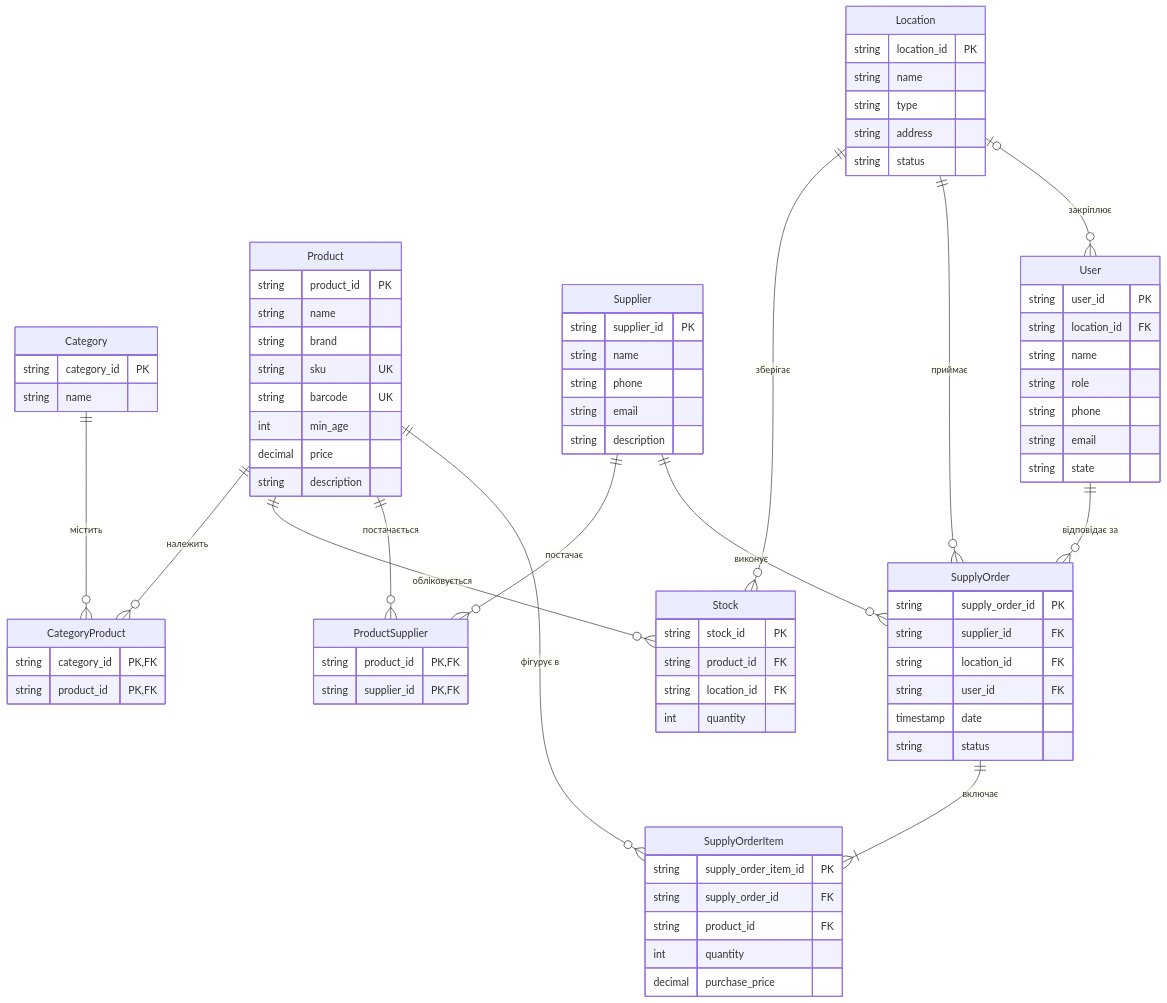
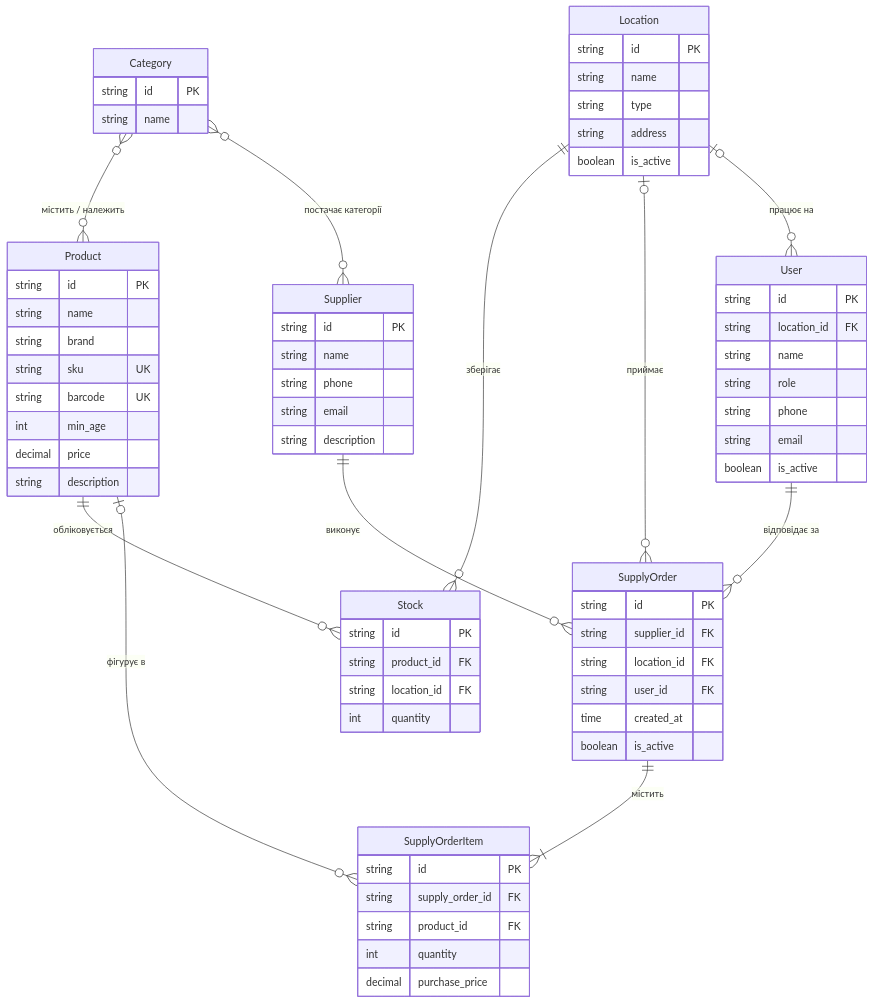
Before and after one commit to Petrovich-322/KPI: the diagram in lab 1/diagram.md, drawn with Mermaid.

Commit message:
ER Diagram 2

````diff
--- a/lab 1/diagram.md
+++ b/lab 1/diagram.md
@@ -1,30 +1,27 @@
 ```mermaid
 erDiagram
-    Category ||--o{ CategoryProduct : "містить"
-    Product ||--o{ CategoryProduct : "належить"
+    Category }o--o{ Product : "містить / належить"
+    Category }o--o{ Supplier : "постачає категорії"
 
     Product ||--o{ Stock : "обліковується"
     Location ||--o{ Stock : "зберігає"
 
-    Product ||--o{ ProductSupplier : "постачається"
-    Supplier ||--o{ ProductSupplier : "постачає"
-
     Supplier ||--o{ SupplyOrder : "виконує"
-    Location ||--o{ SupplyOrder : "приймає"
+    Location |o--o{ SupplyOrder : "приймає"
     User ||--o{ SupplyOrder : "відповідає за"
 
-    Location |o--o{ User : "закріплює"
+    Location |o--o{ User : "працює на"
 
-    SupplyOrder ||--|{ SupplyOrderItem : "включає"
-    Product ||--o{ SupplyOrderItem : "фігурує в"
+    SupplyOrder ||--|{ SupplyOrderItem : "містить"
+    Product |o--o{ SupplyOrderItem : "фігурує в"
 
     Category {
-        string category_id PK
+        string id PK
         string name
     }
 
     Product {
-        string product_id PK
+        string id PK
         string name
         string brand
         string sku UK
@@ -34,50 +31,40 @@
         string description
     }
 
-    CategoryProduct {
-        string category_id PK, FK
-        string product_id PK, FK
-    }
-
     Location {
-        string location_id PK
+        string id PK
         string name
         string type
         string address
-        string status
+        boolean is_active
     }
 
     Stock {
-        string stock_id PK
+        string id PK
         string product_id FK
         string location_id FK
         int quantity
     }
 
     Supplier {
-        string supplier_id PK
+        string id PK
         string name
         string phone
         string email
         string description
     }
 
-    ProductSupplier {
-        string product_id PK, FK
-        string supplier_id PK, FK
-    }
-
     SupplyOrder {
-        string supply_order_id PK
+        string id PK
         string supplier_id FK
         string location_id FK
         string user_id FK
-        timestamp date
-        string status
+        time created_at
+        boolean is_active
     }
 
     SupplyOrderItem {
-        string supply_order_item_id PK
+        string id PK
         string supply_order_id FK
         string product_id FK
         int quantity
@@ -85,12 +72,12 @@
     }
 
     User {
-        string user_id PK
+        string id PK
         string location_id FK
         string name
         string role
         string phone
         string email
-        string state
+        boolean is_active
     }
 ```
````
